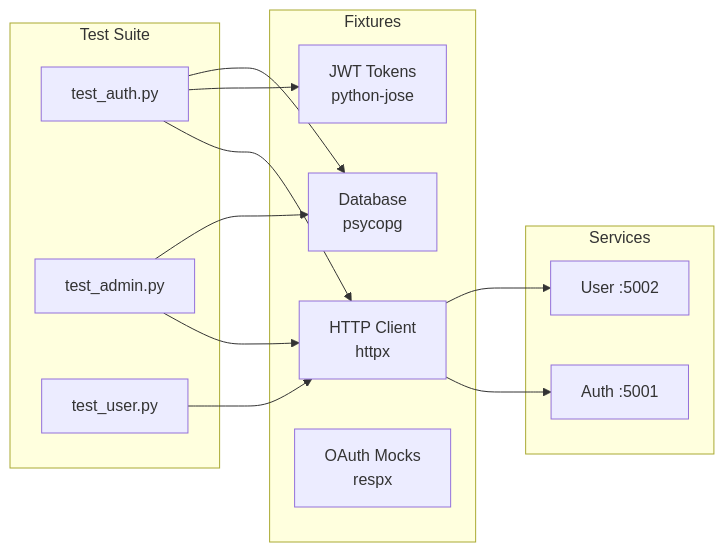
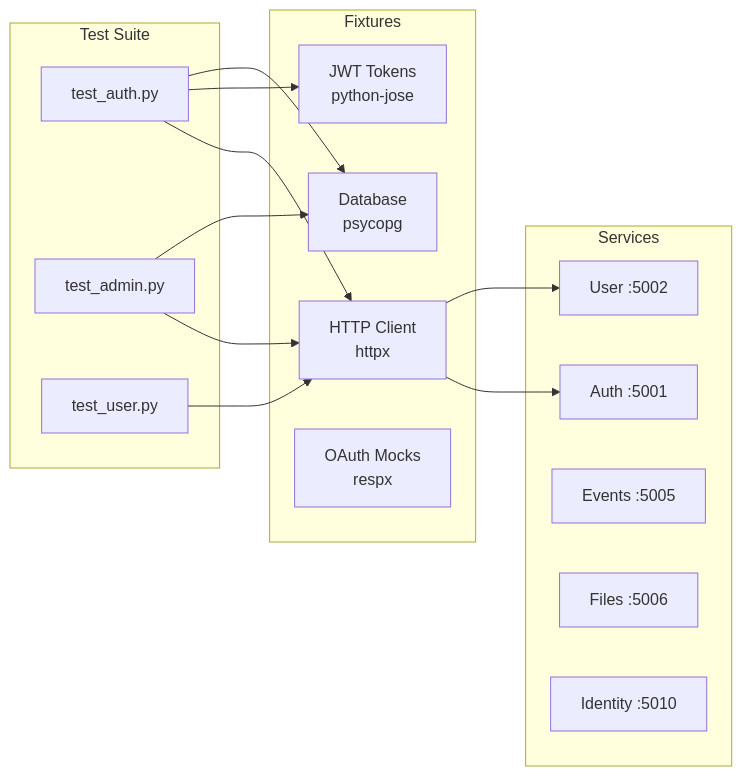
The first of 2 diagrams in docs/guide/testing.md (Nechja/hellArch), drawn with Mermaid before and after one commit. The commit also changed other lines of this file and 34 other files, not shown here.

````diff
--- a/docs/guide/testing.md
+++ b/docs/guide/testing.md
@@ -9,29 +9,32 @@
 ```mermaid
 graph LR
     subgraph Test Suite
         AUTH_T[test_auth.py]
         ADMIN_T[test_admin.py]
         USER_T[test_user.py]
     end
 
     subgraph Fixtures
         DB[Database<br/>psycopg]
         HTTP[HTTP Client<br/>httpx]
         JWT[JWT Tokens<br/>python-jose]
         MOCK[OAuth Mocks<br/>respx]
     end
 
     subgraph Services
         AUTH[Auth :5001]
         USER[User :5002]
+        EVENTS[Events :5005]
+        FILES[Files :5006]
+        IDENTITY[Identity :5010]
     end
 
     AUTH_T --> HTTP
     AUTH_T --> JWT
     AUTH_T --> DB
     ADMIN_T --> HTTP
     ADMIN_T --> DB
     USER_T --> HTTP
     HTTP --> AUTH
     HTTP --> USER
 ```
````
